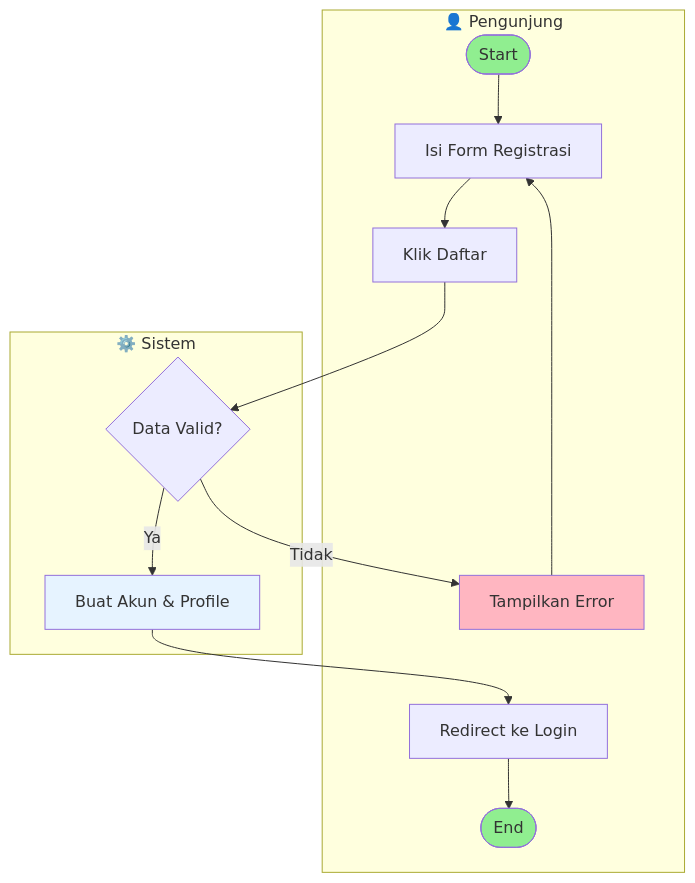
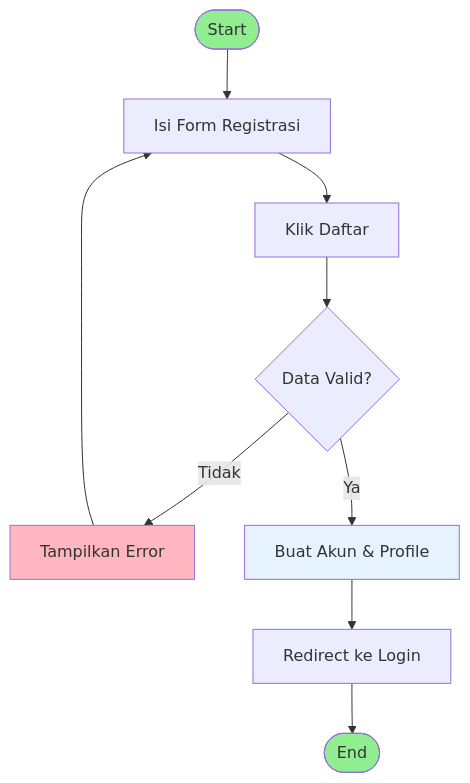
One commit to FarhanEfendi21/FlowDay changed the first of 11 diagrams in ACTIVITY_DIAGRAMS.md. Above: the diagram before and after it, drawn with Mermaid. The commit also changed other lines of this file, not shown here.

Commit message:
fix activity diagram

````diff
--- a/ACTIVITY_DIAGRAMS.md
+++ b/ACTIVITY_DIAGRAMS.md
@@ -26,23 +26,16 @@
 ```mermaid
-graph TD
-    subgraph Guest["👤 Pengunjung"]
-        A([Start]) --> B[Isi Form Registrasi]
-        B --> C[Klik Daftar]
-        E[Tampilkan Error] --> B
-        G[Redirect ke Login] --> H([End])
-    end
-    
-    subgraph System["⚙️ Sistem"]
-        D{Data Valid?}
-        D -->|Tidak| E
-        D -->|Ya| F[Buat Akun & Profile]
-        F --> G
-    end
-    
-    C --> D
+flowchart TB
+    Start([Start]) --> A[Isi Form Registrasi]
+    A --> B[Klik Daftar]
+    B --> C{Data Valid?}
+    C -->|Tidak| D[Tampilkan Error]
+    D --> A
+    C -->|Ya| E[Buat Akun & Profile]
+    E --> F[Redirect ke Login]
+    F --> End([End])
 
-    style A fill:#90EE90
-    style H fill:#90EE90
-    style E fill:#FFB6C1
-    style F fill:#E6F3FF
+    style Start fill:#90EE90
+    style End fill:#90EE90
+    style D fill:#FFB6C1
+    style E fill:#E6F3FF
 ```
````
